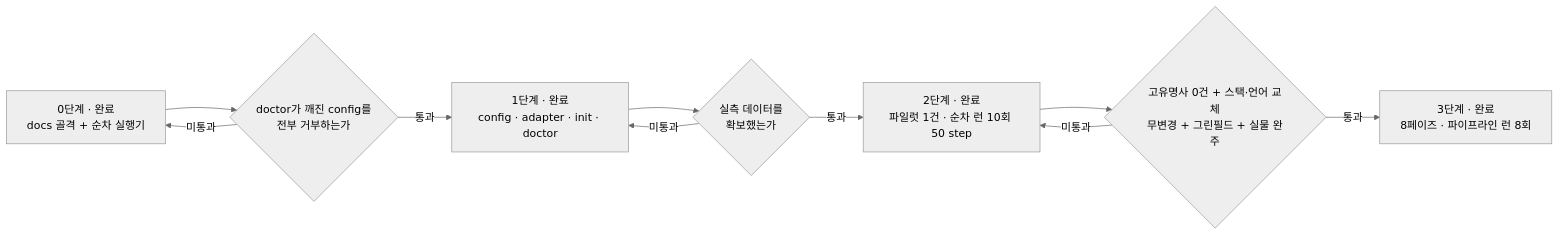
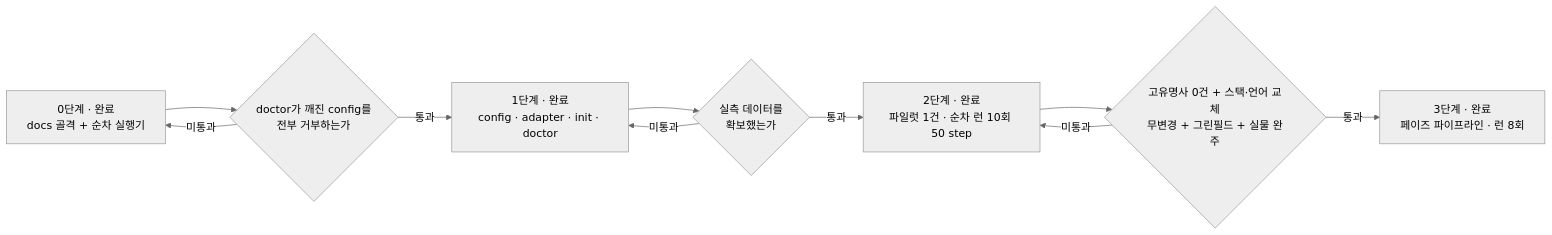
The first of 2 diagrams in docs/harness/ROADMAP.md (hyuham1335-stack/harness-template), drawn with Mermaid (neutral theme) before and after one commit. The commit also changed other lines of this file and 12 other files, not shown here.

````diff
--- a/docs/harness/ROADMAP.md
+++ b/docs/harness/ROADMAP.md
@@ -67,18 +67,18 @@
 ```mermaid
 flowchart LR
     S0["0단계 · 완료<br/>docs 골격 + 순차 실행기"]
     S1["1단계 · 완료<br/>config · adapter · init · doctor"]
     S2["2단계 · 완료<br/>파일럿 1건 · 순차 런 10회 50 step"]
-    S3["3단계 · 완료<br/>8페이즈 · 파이프라인 런 8회"]
+    S3["3단계 · 완료<br/>페이즈 파이프라인 · 런 8회"]
 
     S0 --> G1{"doctor가 깨진 config를<br/>전부 거부하는가"}
     G1 -->|통과| S1
     S1 --> G2{"실측 데이터를<br/>확보했는가"}
     G2 -->|통과| S2
     S2 --> G3{"고유명사 0건 + 스택·언어 교체<br/>무변경 + 그린필드 + 실물 완주"}
     G3 -->|통과| S3
 
     G1 -->|미통과| S0
     G2 -->|미통과| S1
     G3 -->|미통과| S2
 ```
````
